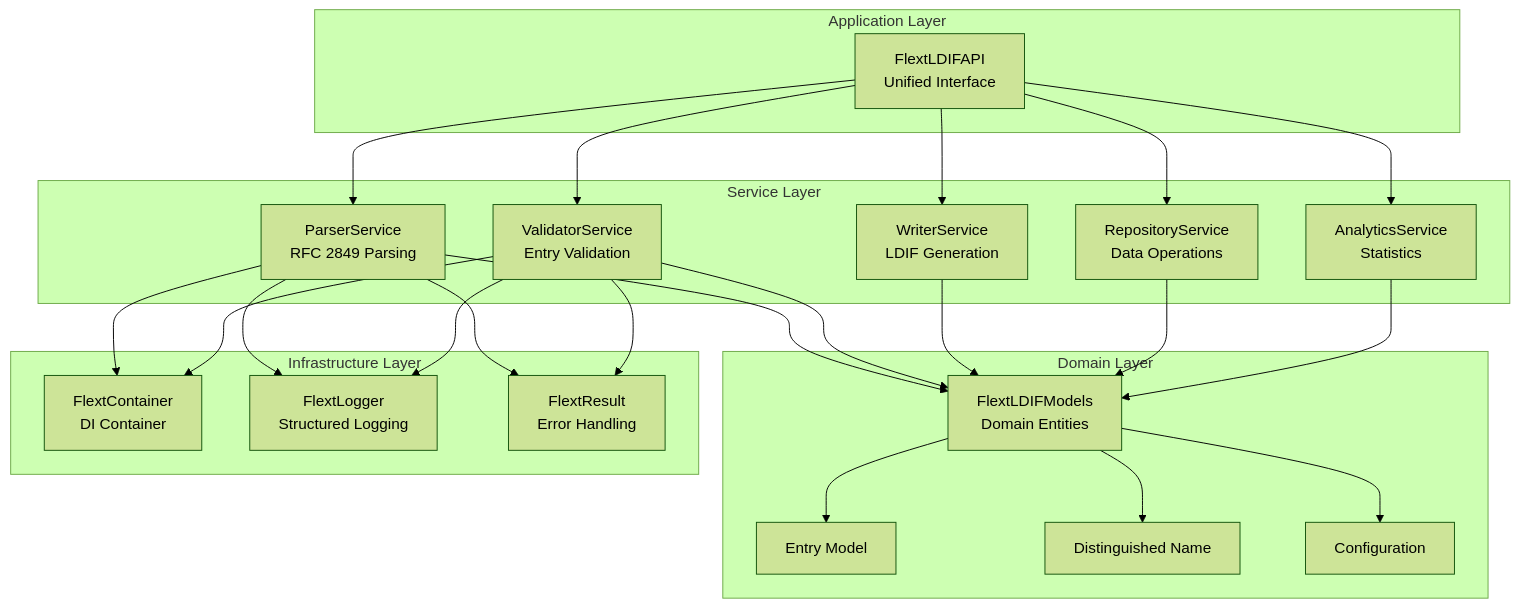
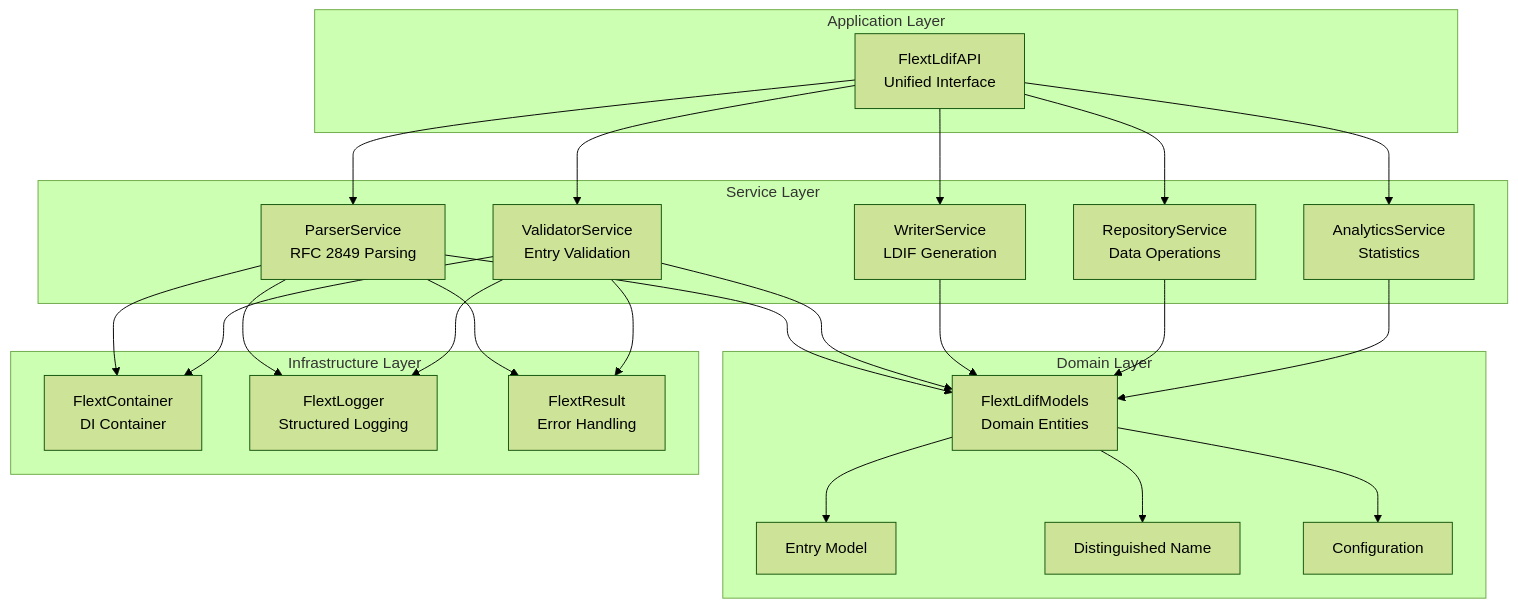
One commit to flext-sh/flext-ldif changed the first of 2 diagrams in docs/architecture.md. Above: the diagram before and after it, drawn with Mermaid (forest theme). The commit also changed other lines of this file and 91 other files, not shown here.

````diff
--- a/docs/architecture.md
+++ b/docs/architecture.md
@@ -29,51 +29,51 @@
 ```mermaid
 graph TB
     subgraph "Application Layer"
-        API[FlextLDIFAPI<br/>Unified Interface]
+        API[FlextLdifAPI<br/>Unified Interface]
     end
 
     subgraph "Service Layer"
         Parser[ParserService<br/>RFC 2849 Parsing]
         Validator[ValidatorService<br/>Entry Validation]
         Writer[WriterService<br/>LDIF Generation]
         Repository[RepositoryService<br/>Data Operations]
         Analytics[AnalyticsService<br/>Statistics]
     end
 
     subgraph "Domain Layer"
-        Models[FlextLDIFModels<br/>Domain Entities]
+        Models[FlextLdifModels<br/>Domain Entities]
         Entry[Entry Model]
         DN[Distinguished Name]
         Config[Configuration]
     end
 
     subgraph "Infrastructure Layer"
         Container[FlextContainer<br/>DI Container]
         Logger[FlextLogger<br/>Structured Logging]
         Result[FlextResult<br/>Error Handling]
     end
 
     API --> Parser
     API --> Validator
     API --> Writer
     API --> Repository
     API --> Analytics
 
     Parser --> Models
     Validator --> Models
     Writer --> Models
     Repository --> Models
     Analytics --> Models
 
     Models --> Entry
     Models --> DN
     Models --> Config
 
     Parser --> Container
     Parser --> Logger
     Parser --> Result
 
     Validator --> Container
     Validator --> Logger
     Validator --> Result
 ```
````
